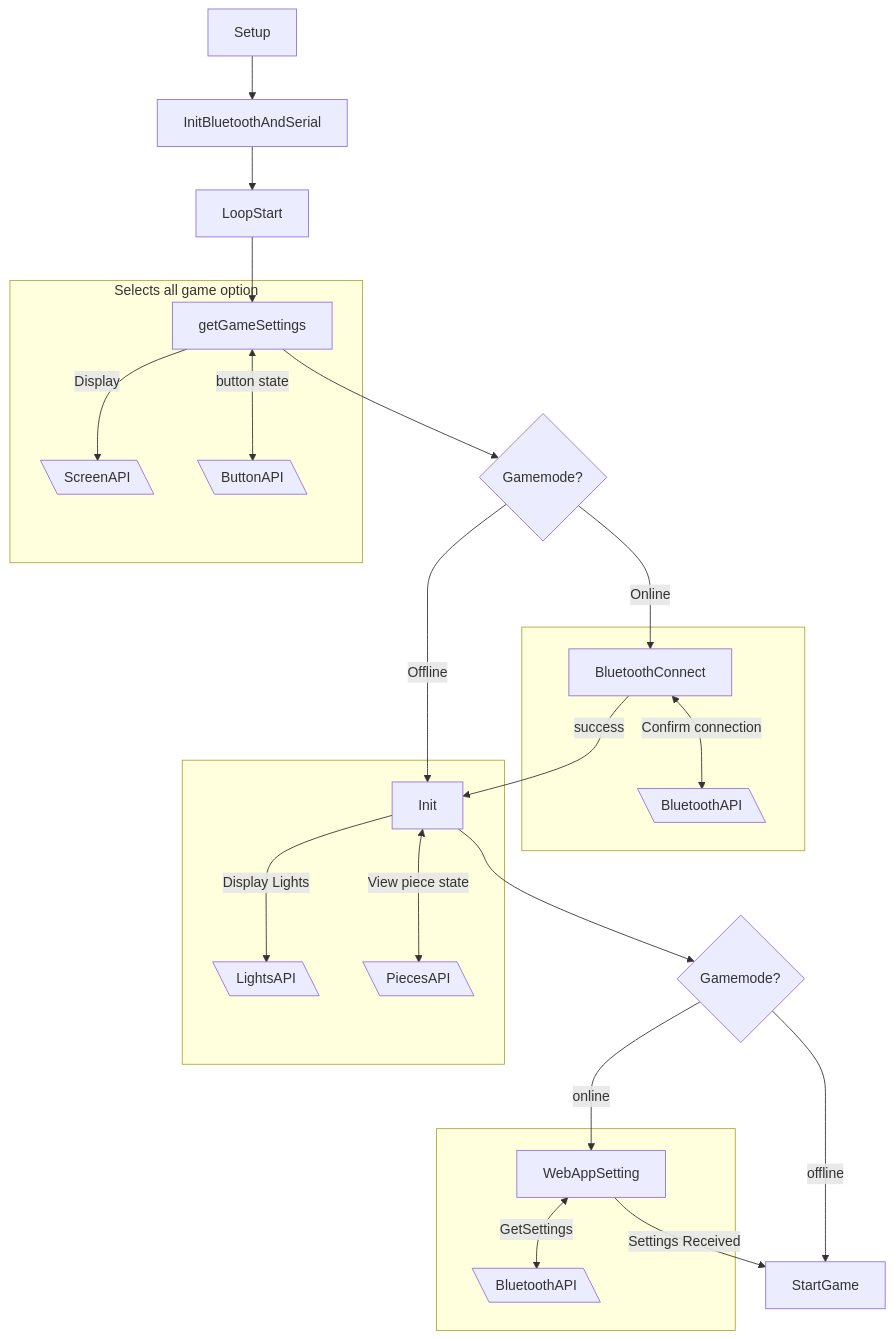
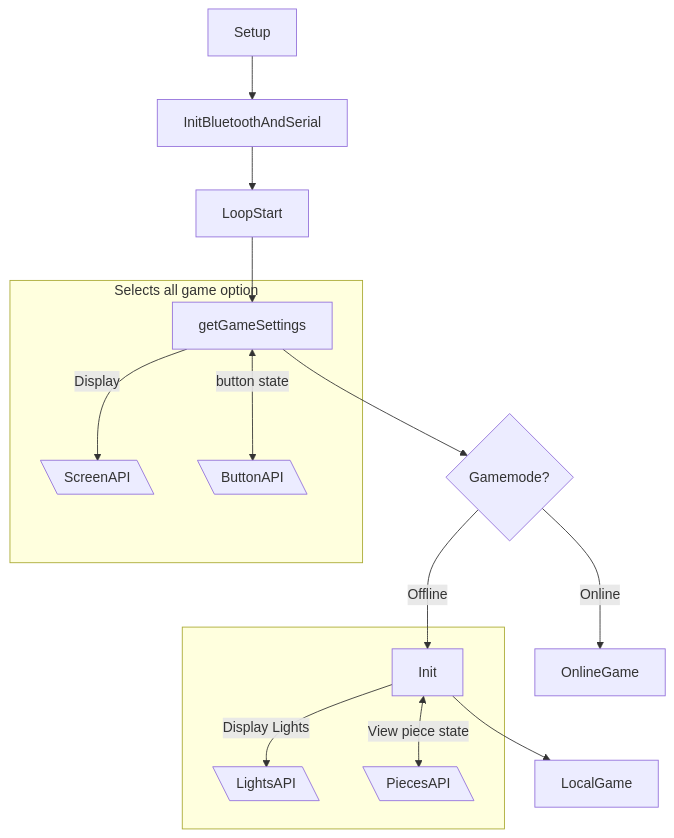
The diagram in docs/design.md (Interactive-Chessboard/ICB-Embedded), drawn with Mermaid before and after one commit.

Commit message:
Update Design

````diff
--- a/docs/design.md
+++ b/docs/design.md
@@ -1,46 +1,29 @@
 ```mermaid
 ---
 config:
   layout: dagre
 ---
 flowchart TD
  subgraph sggetGameSettings["Selects all game option"]
         Screen[\"ScreenAPI"\]
         getGameSettings["getGameSettings"]
         ButtonSignal[\"ButtonAPI"\]
+        getGameSettings -- Display --> Screen
+        getGameSettings <-- button state --> ButtonSignal
   end
- subgraph sgBluetooth[" "]
-        BluetoothAPI[\"BluetoothAPI"\]
-        BluetoothConnect["BluetoothConnect"]
-  end
+
  subgraph sgInit[" "]
         Lights[\"LightsAPI"\]
         Init["Init"]
         Pieces[\"PiecesAPI"\]
+        Init -- Display Lights --> Lights
+        Init <-- View piece state --> Pieces
   end
- subgraph sgBluetooth2[" "]
-        BluetoothAPI2[\"BluetoothAPI"\]
-        WebAppSetting["WebAppSetting"]
-  end
-    getGameSettings -- Display --> Screen
-    getGameSettings <-- button state --> ButtonSignal
-    BluetoothConnect <-- Confirm connection --> BluetoothAPI
-    Init -- Display Lights --> Lights
-    Init <-- View piece state --> Pieces
-    WebAppSetting <-- GetSettings --> BluetoothAPI2
     Setup["Setup"] --> InitBluetoothAndSerial["InitBluetoothAndSerial"]
     InitBluetoothAndSerial --> LoopStart["LoopStart"]
     LoopStart --> getGameSettings
     getGameSettings --> Gamemode{"Gamemode?"}
     Gamemode -- Offline --> Init
-    Gamemode -- Online --> BluetoothConnect
-    BluetoothConnect -- success --> Init
-    Init --> Gamemode2{"Gamemode?"}
-    Gamemode2 -- online --> WebAppSetting
-    Gamemode2 -- offline --> StartGame["StartGame"]
-    WebAppSetting -- Settings Received --> StartGame
-
-    
-
-
+    Gamemode -- Online --> OnlineGame
+    Init --> LocalGame["LocalGame"]
 ```
````
